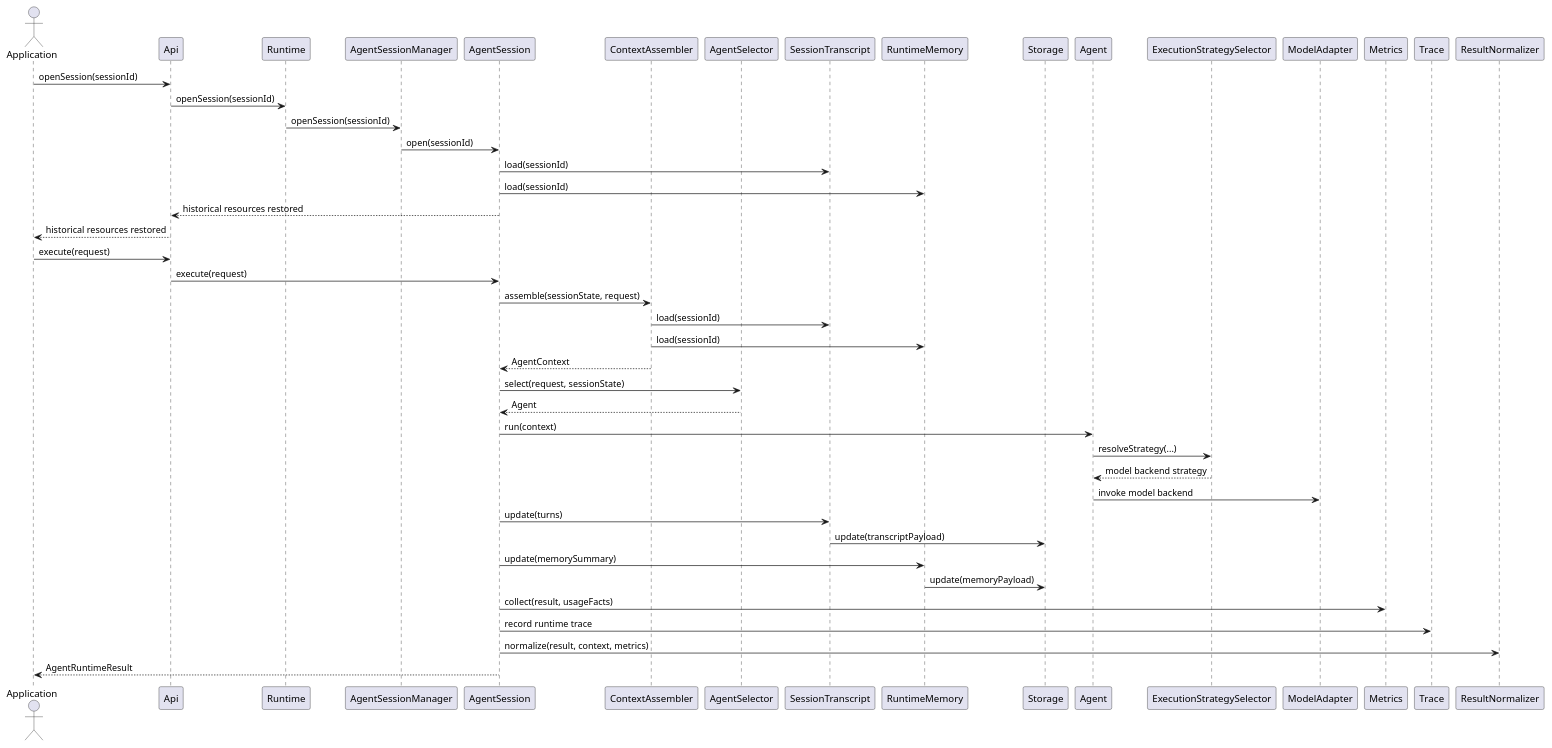
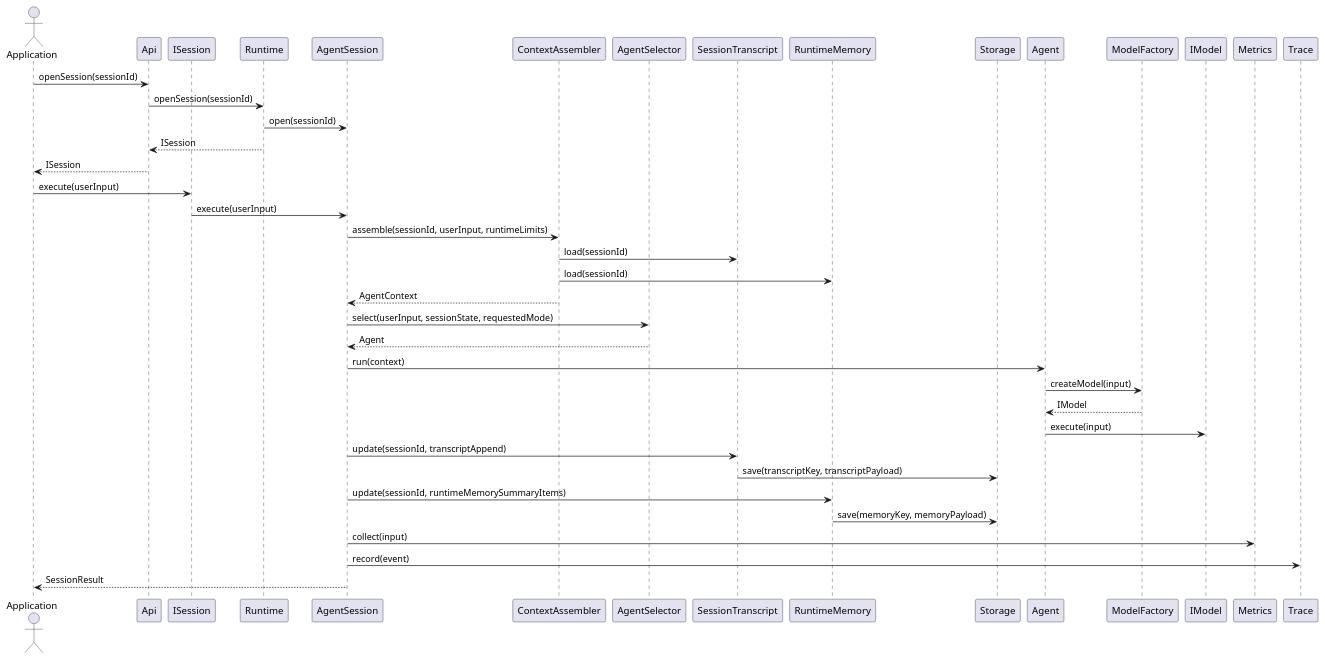
One commit to lucky-chen/ai_workflow_travel changed the second of 5 diagrams in infra_projects/projects/agent_runtime/docs/TechnicalArchitecture.md. Above: the diagram before and after it, drawn with PlantUML. The commit also changed other lines of this file and 32 other files, not shown here.

First line of the commit message:
[AI] gpt-5.4: implement agent runtime src_new foundation and align plans

````diff
--- a/infra_projects/projects/agent_runtime/docs/TechnicalArchitecture.md
+++ b/infra_projects/projects/agent_runtime/docs/TechnicalArchitecture.md
@@ -431,49 +430,44 @@
 ```plantuml
 @startuml
 actor Application
 participant Api
+participant ISession
 participant Runtime
-participant AgentSessionManager
 participant AgentSession
 participant ContextAssembler
 participant AgentSelector
 participant SessionTranscript
 participant RuntimeMemory
 participant Storage
 participant Agent
-participant ExecutionStrategySelector
-participant ModelAdapter
+participant ModelFactory
+participant IModel
 participant Metrics
 participant Trace
-participant ResultNormalizer
 
 Application -> Api: openSession(sessionId)
 Api -> Runtime: openSession(sessionId)
-Runtime -> AgentSessionManager: openSession(sessionId)
-AgentSessionManager -> AgentSession: open(sessionId)
-AgentSession -> SessionTranscript: load(sessionId)
-AgentSession -> RuntimeMemory: load(sessionId)
-AgentSession --> Api: historical resources restored
-Api --> Application: historical resources restored
-Application -> Api: execute(request)
-Api -> AgentSession: execute(request)
-AgentSession -> ContextAssembler: assemble(sessionState, request)
+Runtime -> AgentSession: open(sessionId)
+Runtime --> Api: ISession
+Api --> Application: ISession
+Application -> ISession: execute(userInput)
+ISession -> AgentSession: execute(userInput)
+AgentSession -> ContextAssembler: assemble(sessionId, userInput, runtimeLimits)
 ContextAssembler -> SessionTranscript: load(sessionId)
 ContextAssembler -> RuntimeMemory: load(sessionId)
 ContextAssembler --> AgentSession: AgentContext
-AgentSession -> AgentSelector: select(request, sessionState)
+AgentSession -> AgentSelector: select(userInput, sessionState, requestedMode)
 AgentSelector --> AgentSession: Agent
 AgentSession -> Agent: run(context)
-Agent -> ExecutionStrategySelector: resolveStrategy(...)
-ExecutionStrategySelector --> Agent: model backend strategy
-Agent -> ModelAdapter: invoke model backend
-AgentSession -> SessionTranscript: update(turns)
-SessionTranscript -> Storage: update(transcriptPayload)
-AgentSession -> RuntimeMemory: update(memorySummary)
-RuntimeMemory -> Storage: update(memoryPayload)
-AgentSession -> Metrics: collect(result, usageFacts)
-AgentSession -> Trace: record runtime trace
-AgentSession -> ResultNormalizer: normalize(result, context, metrics)
-AgentSession --> Application: AgentRuntimeResult
+Agent -> ModelFactory: createModel(input)
+ModelFactory --> Agent: IModel
+Agent -> IModel: execute(input)
+AgentSession -> SessionTranscript: update(sessionId, transcriptAppend)
+SessionTranscript -> Storage: save(transcriptKey, transcriptPayload)
+AgentSession -> RuntimeMemory: update(sessionId, runtimeMemorySummaryItems)
+RuntimeMemory -> Storage: save(memoryKey, memoryPayload)
+AgentSession -> Metrics: collect(input)
+AgentSession -> Trace: record(event)
+AgentSession --> Application: SessionResult
 @enduml
 ```
````
